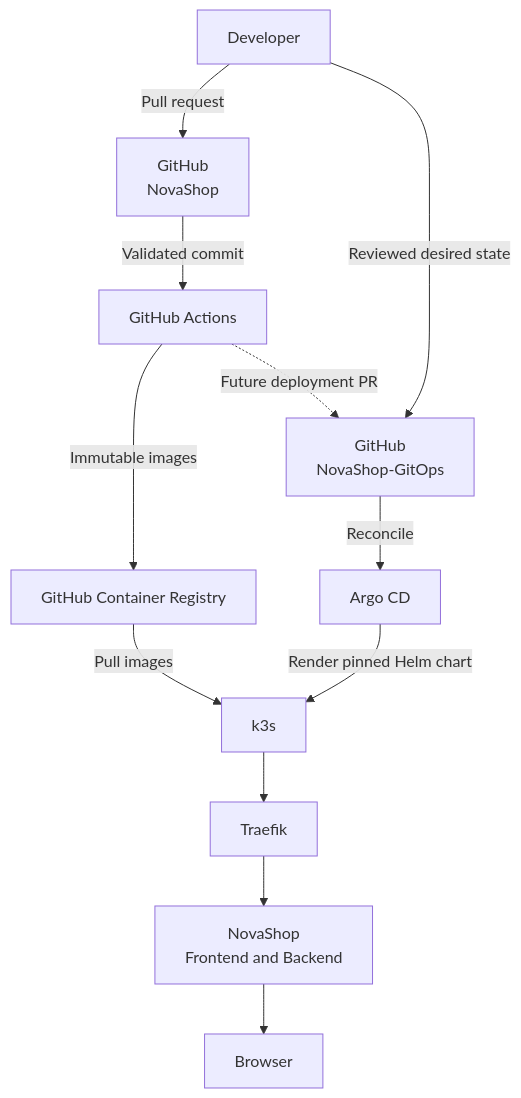
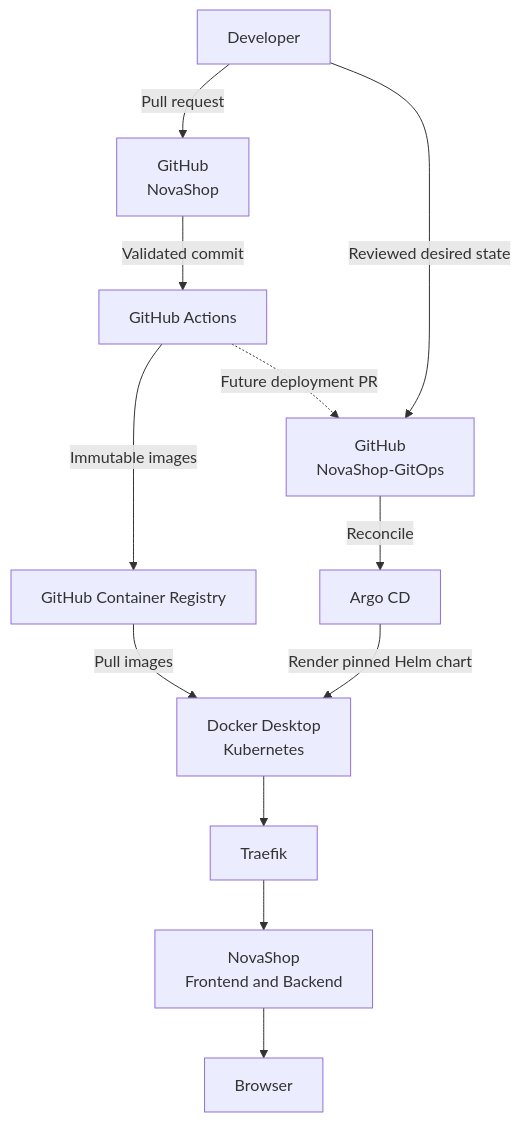
Before and after one commit to nguyenlpn2015/NovaShop: the diagram in diagrams/GITOPS_RUNTIME.md, drawn with Mermaid. The commit also changed 26 other files, not shown here.

````diff
--- a/diagrams/GITOPS_RUNTIME.md
+++ b/diagrams/GITOPS_RUNTIME.md
@@ -3,25 +3,25 @@
 ```mermaid
 flowchart TD
     developer[Developer]
     github[GitHub<br/>NovaShop]
     actions[GitHub Actions]
     ghcr[GitHub Container Registry]
     gitops[GitHub<br/>NovaShop-GitOps]
     argocd[Argo CD]
-    k3s[k3s]
+    kubernetes[Docker Desktop<br/>Kubernetes]
     traefik[Traefik]
     novashop[NovaShop<br/>Frontend and Backend]
     browser[Browser]
 
     developer -->|Pull request| github
     github -->|Validated commit| actions
     actions -->|Immutable images| ghcr
     actions -.->|Future deployment PR| gitops
     developer -->|Reviewed desired state| gitops
     gitops -->|Reconcile| argocd
-    argocd -->|Render pinned Helm chart| k3s
-    ghcr -->|Pull images| k3s
-    k3s --> traefik
+    argocd -->|Render pinned Helm chart| kubernetes
+    ghcr -->|Pull images| kubernetes
+    kubernetes --> traefik
     traefik --> novashop
     novashop --> browser
 ```
````
